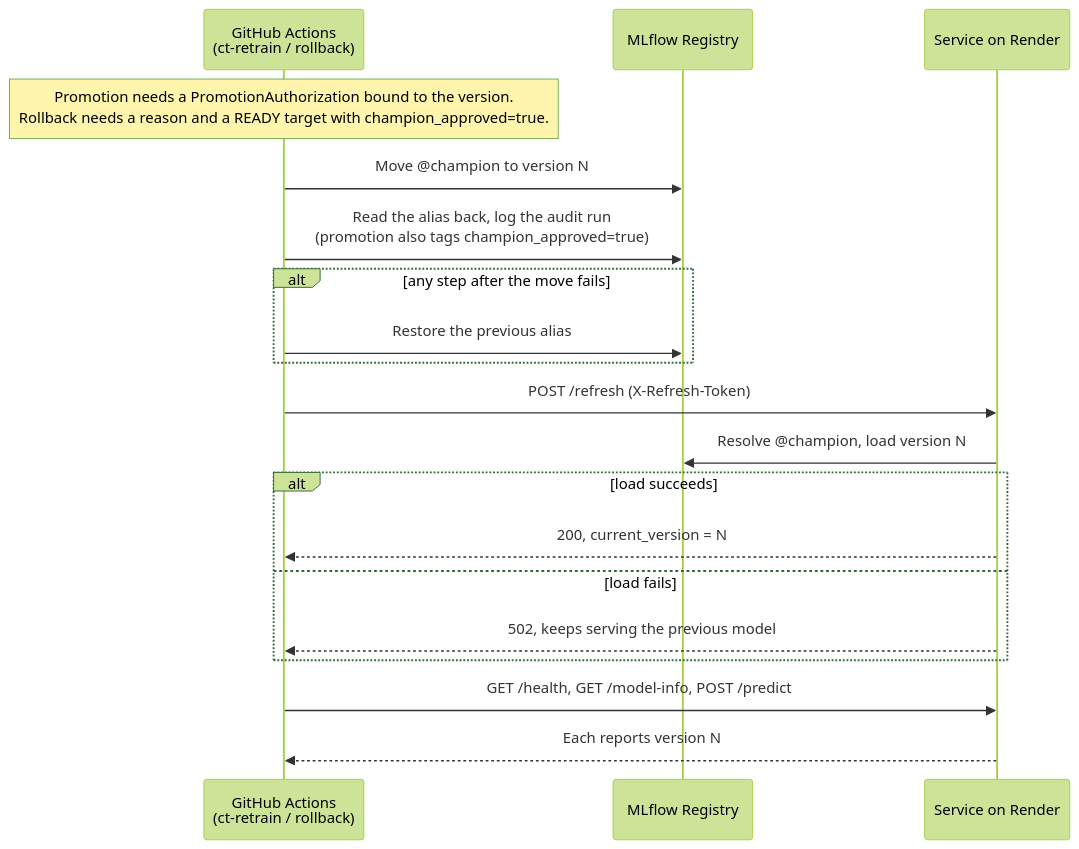
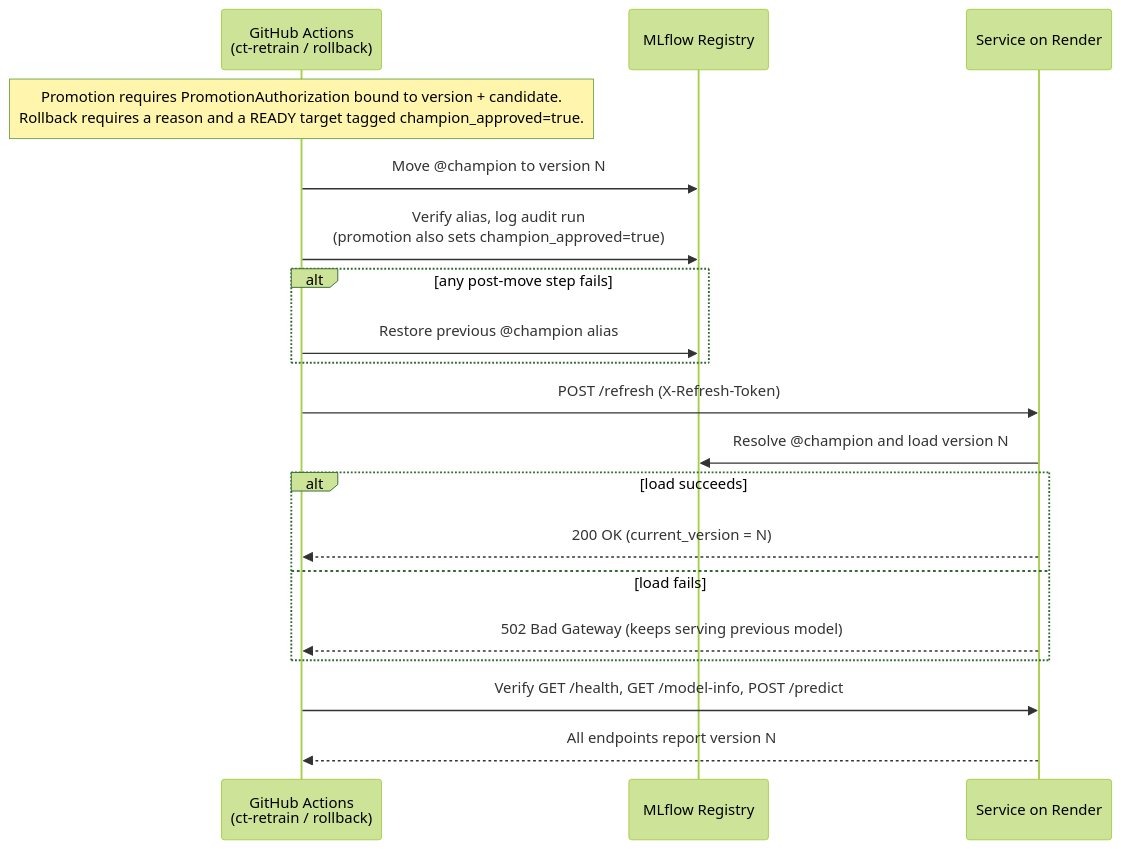
The diagram in docs/DEPLOYMENT.md (ChenAuCarre/enercast-mlops), drawn with Mermaid (forest theme) before and after one commit. The commit also changed other lines of this file and 5 other files, not shown here.

````diff
--- a/docs/DEPLOYMENT.md
+++ b/docs/DEPLOYMENT.md
@@ -86,22 +96,22 @@
 ```mermaid
 sequenceDiagram
     participant GA as GitHub Actions<br/>(ct-retrain / rollback)
     participant MLF as MLflow Registry
     participant API as Service on Render
 
-    Note over GA: Promotion needs a PromotionAuthorization bound to the version.<br/>Rollback needs a reason and a READY target with champion_approved=true.
+    Note over GA: Promotion requires PromotionAuthorization bound to version + candidate.<br/>Rollback requires a reason and a READY target tagged champion_approved=true.
     GA->>MLF: Move @champion to version N
-    GA->>MLF: Read the alias back, log the audit run<br/>(promotion also tags champion_approved=true)
-    alt any step after the move fails
-        GA->>MLF: Restore the previous alias
+    GA->>MLF: Verify alias, log audit run<br/>(promotion also sets champion_approved=true)
+    alt any post-move step fails
+        GA->>MLF: Restore previous @champion alias
     end
     GA->>API: POST /refresh (X-Refresh-Token)
-    API->>MLF: Resolve @champion, load version N
+    API->>MLF: Resolve @champion and load version N
     alt load succeeds
-        API-->>GA: 200, current_version = N
+        API-->>GA: 200 OK (current_version = N)
     else load fails
-        API-->>GA: 502, keeps serving the previous model
+        API-->>GA: 502 Bad Gateway (keeps serving previous model)
     end
-    GA->>API: GET /health, GET /model-info, POST /predict
-    API-->>GA: Each reports version N
+    GA->>API: Verify GET /health, GET /model-info, POST /predict
+    API-->>GA: All endpoints report version N
 ```
````
